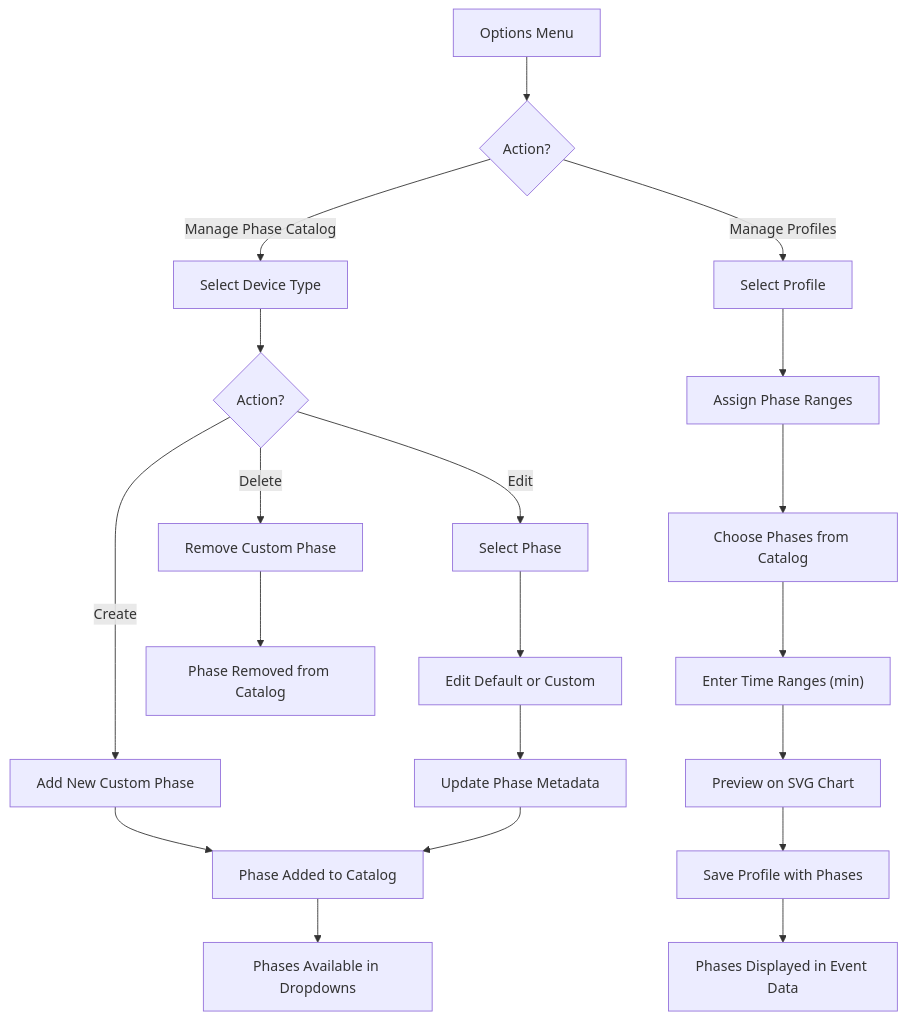
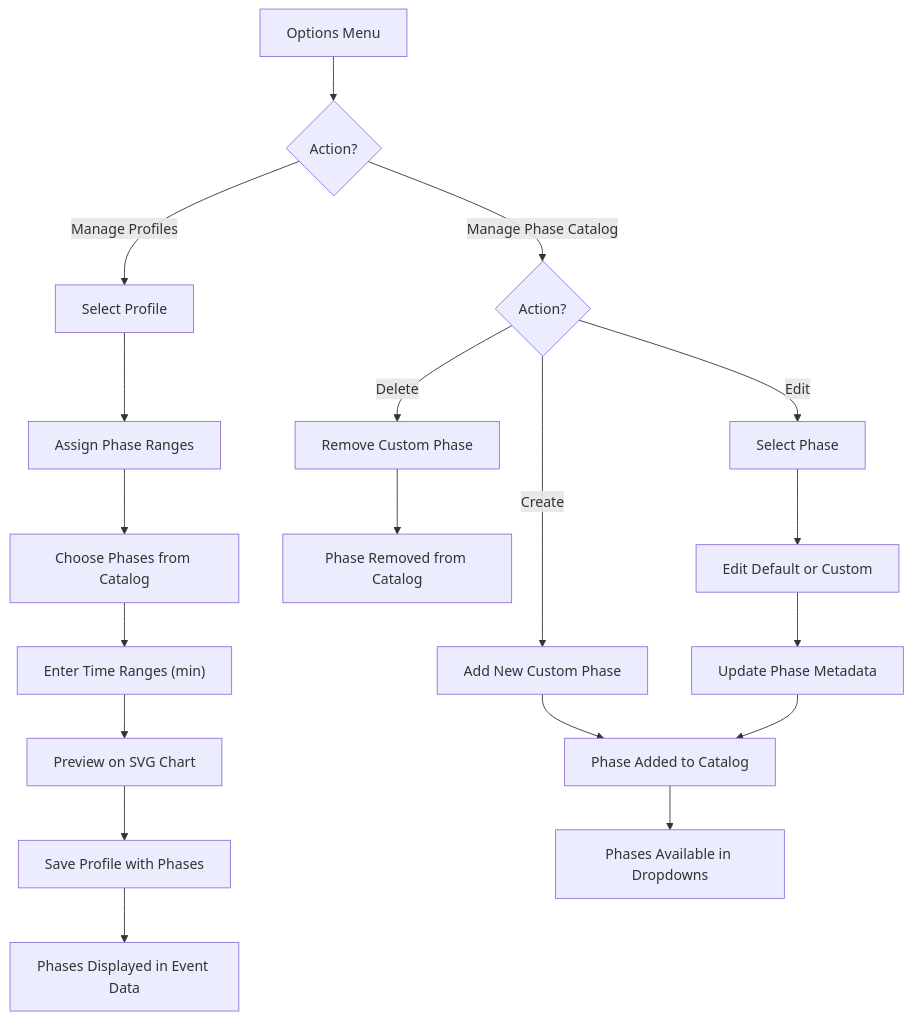
One commit to 3dg1luk43/ha_washdata changed the seventh of 7 diagrams in IMPLEMENTATION.md. Above: the diagram before and after it, drawn with Mermaid. The commit also changed 20 other files, not shown here.

````diff
--- a/IMPLEMENTATION.md
+++ b/IMPLEMENTATION.md
@@ -691,26 +691,25 @@
 ```mermaid
 graph TD
     A["Options Menu"] --> B{Action?}
     
-    B -- "Manage Phase Catalog" --> C["Select Device Type"]
-    C --> D{Action?}
+    B -- "Manage Phase Catalog" --> D{Action?}
     D -- "Create" --> E["Add New Custom Phase"]
     D -- "Edit" --> F["Select Phase"]
     F --> G["Edit Default or Custom"]
     G --> H["Update Phase Metadata"]
     D -- "Delete" --> I["Remove Custom Phase"]
     
     E --> J["Phase Added to Catalog"]
     H --> J
     I --> K["Phase Removed from Catalog"]
     
     B -- "Manage Profiles" --> L["Select Profile"]
     L --> M["Assign Phase Ranges"]
     M --> N["Choose Phases from Catalog"]
     N --> O["Enter Time Ranges (min)"]
     O --> P["Preview on SVG Chart"]
     P --> Q["Save Profile with Phases"]
     
     J --> R["Phases Available in Dropdowns"]
     Q --> S["Phases Displayed in Event Data"]
 ```
````
